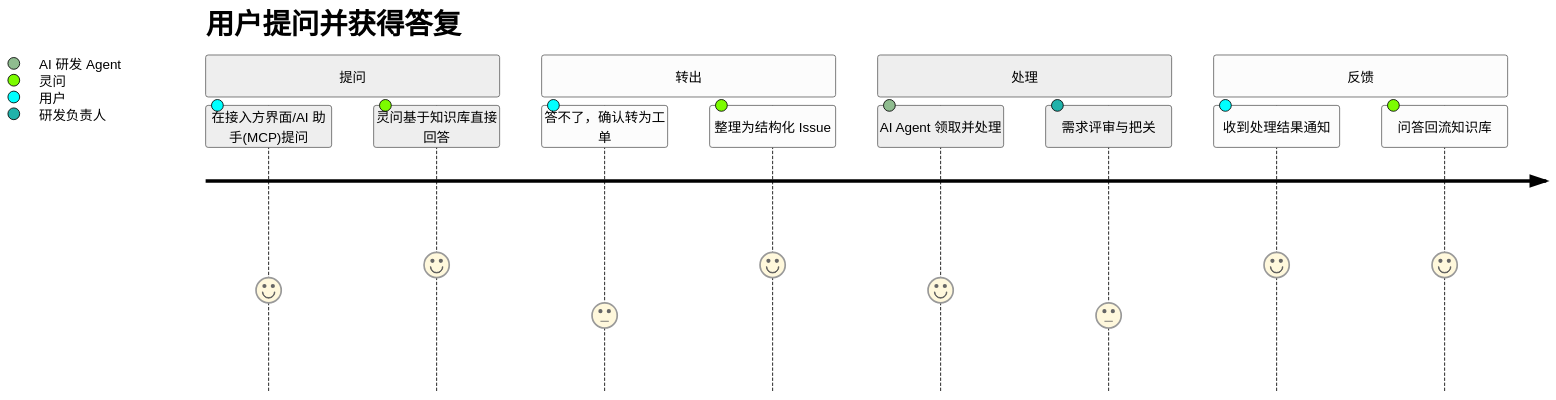
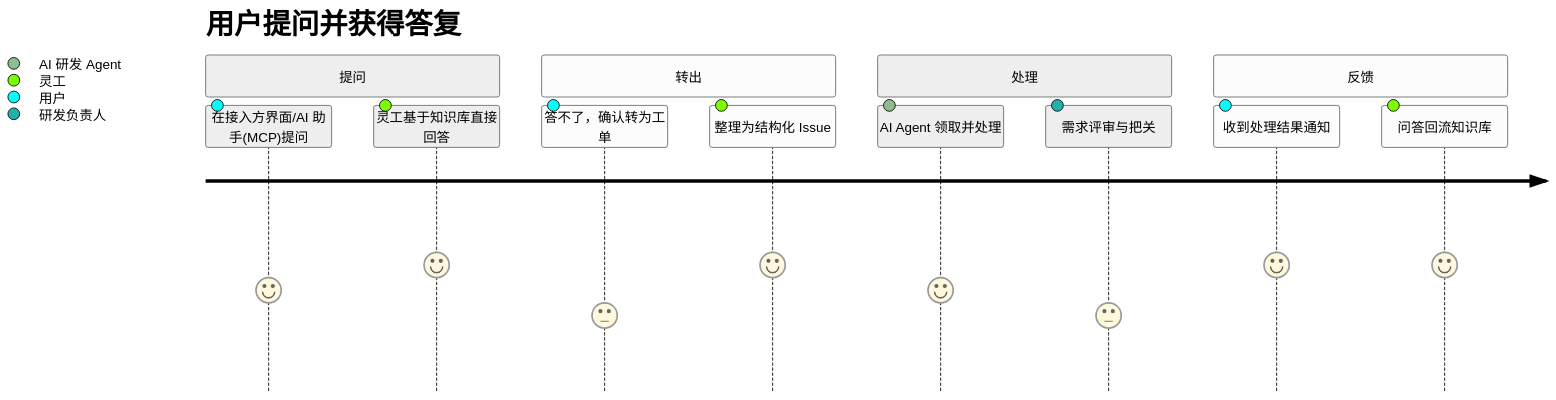
The first of 9 diagrams in docs/requirements/PRD.md (zhouhao4221/lingo), drawn with Mermaid before and after one commit. The commit also changed other lines of this file and 37 other files, not shown here.

````diff
--- a/docs/requirements/PRD.md
+++ b/docs/requirements/PRD.md
@@ -123,17 +124,17 @@
 ```mermaid
 %%{init: {'theme':'neutral'}}%%
 journey
   title 用户提问并获得答复
   section 提问
     在接入方界面/AI 助手(MCP)提问: 4: 用户
-    灵问基于知识库直接回答: 5: 灵问
+    灵工基于知识库直接回答: 5: 灵工
   section 转出
     答不了，确认转为工单: 3: 用户
-    整理为结构化 Issue: 5: 灵问
+    整理为结构化 Issue: 5: 灵工
   section 处理
     AI Agent 领取并处理: 4: AI 研发 Agent
     需求评审与把关: 3: 研发负责人
   section 反馈
     收到处理结果通知: 5: 用户
-    问答回流知识库: 5: 灵问
+    问答回流知识库: 5: 灵工
 ```
````
